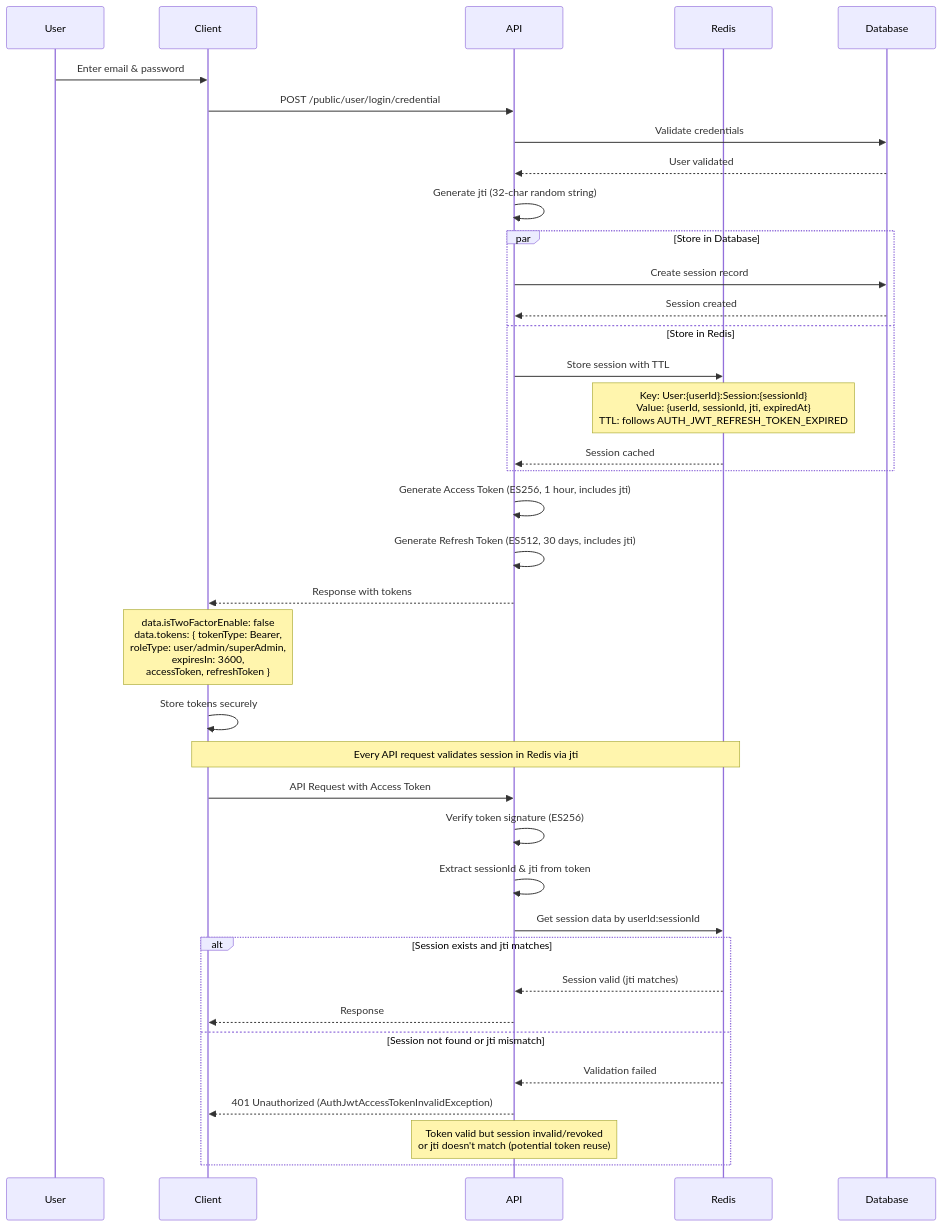
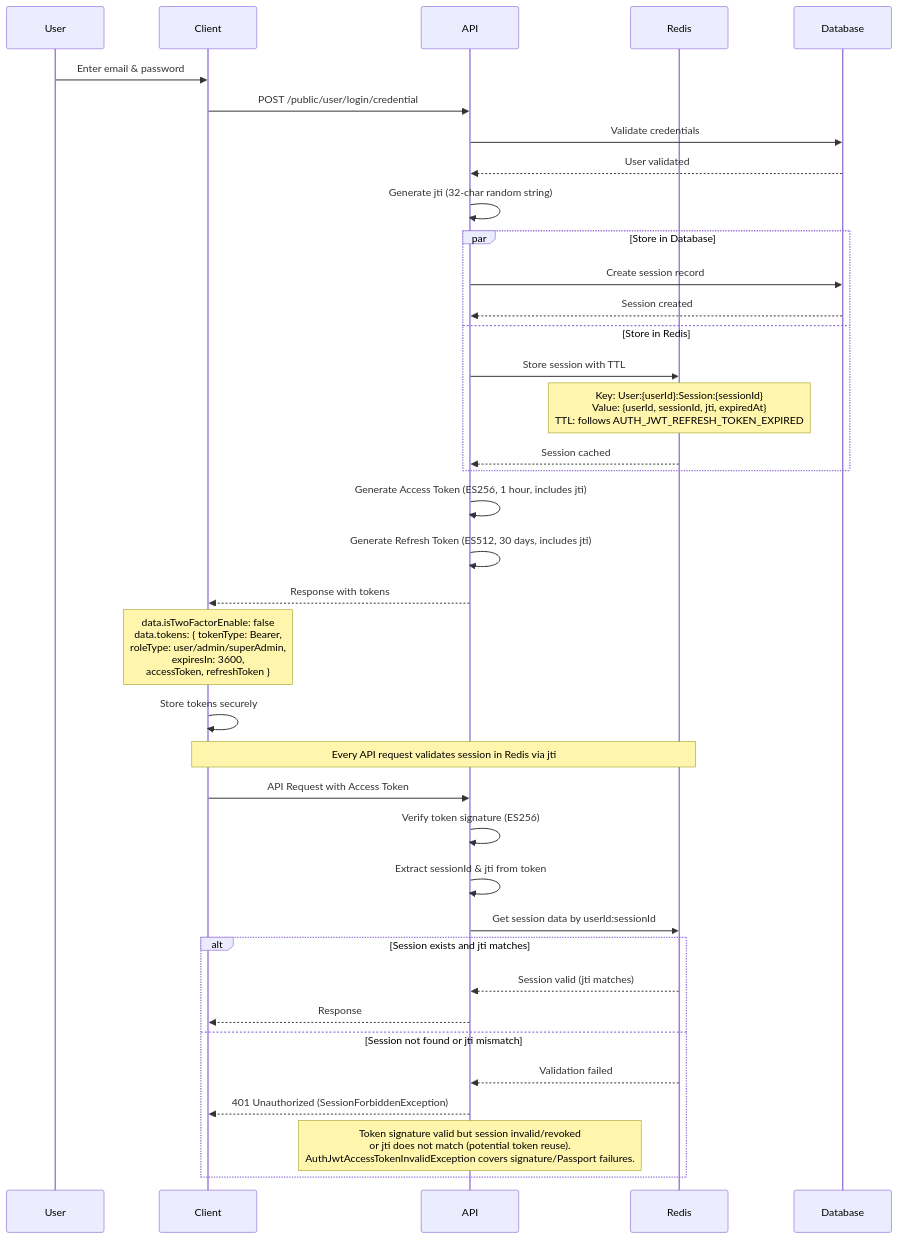
One commit to andrechristikan/ack-nestjs-boilerplate changed the second of 9 diagrams in docs/authentication.md. Above: the diagram before and after it, drawn with Mermaid. The commit also changed other lines of this file and 31 other files, not shown here.

````diff
--- a/docs/authentication.md
+++ b/docs/authentication.md
@@ -232,48 +231,48 @@
 ```mermaid
 sequenceDiagram
     participant User
     participant Client
     participant API
     participant Redis
     participant Database
 
     User->>Client: Enter email & password
     Client->>API: POST /public/user/login/credential
     API->>Database: Validate credentials
     Database-->>API: User validated
     
     API->>API: Generate jti (32-char random string)
     
     par Store in Database
         API->>Database: Create session record
         Database-->>API: Session created
     and Store in Redis
         API->>Redis: Store session with TTL
         Note over Redis: Key: User:{userId}:Session:{sessionId}<br/>Value: {userId, sessionId, jti, expiredAt}<br/>TTL: follows AUTH_JWT_REFRESH_TOKEN_EXPIRED
         Redis-->>API: Session cached
     end
     
     API->>API: Generate Access Token (ES256, 1 hour, includes jti)
     API->>API: Generate Refresh Token (ES512, 30 days, includes jti)
     
     API-->>Client: Response with tokens
     Note over Client: data.isTwoFactorEnable: false<br/>data.tokens: { tokenType: Bearer,<br/>roleType: user/admin/superAdmin,<br/>expiresIn: 3600,<br/>accessToken, refreshToken }
     
     Client->>Client: Store tokens securely
     
     Note over Client,Redis: Every API request validates session in Redis via jti
     
     Client->>API: API Request with Access Token
     API->>API: Verify token signature (ES256)
     API->>API: Extract sessionId & jti from token
     API->>Redis: Get session data by userId:sessionId
     
     alt Session exists and jti matches
         Redis-->>API: Session valid (jti matches)
         API-->>Client: Response
     else Session not found or jti mismatch
         Redis-->>API: Validation failed
-        API-->>Client: 401 Unauthorized (AuthJwtAccessTokenInvalidException)
-        Note over API: Token valid but session invalid/revoked<br/>or jti doesn't match (potential token reuse)
+        API-->>Client: 401 Unauthorized (SessionForbiddenException)
+        Note over API: Token signature valid but session invalid/revoked<br/>or jti does not match (potential token reuse).<br/>AuthJwtAccessTokenInvalidException covers signature/Passport failures.
     end
 ```
````
